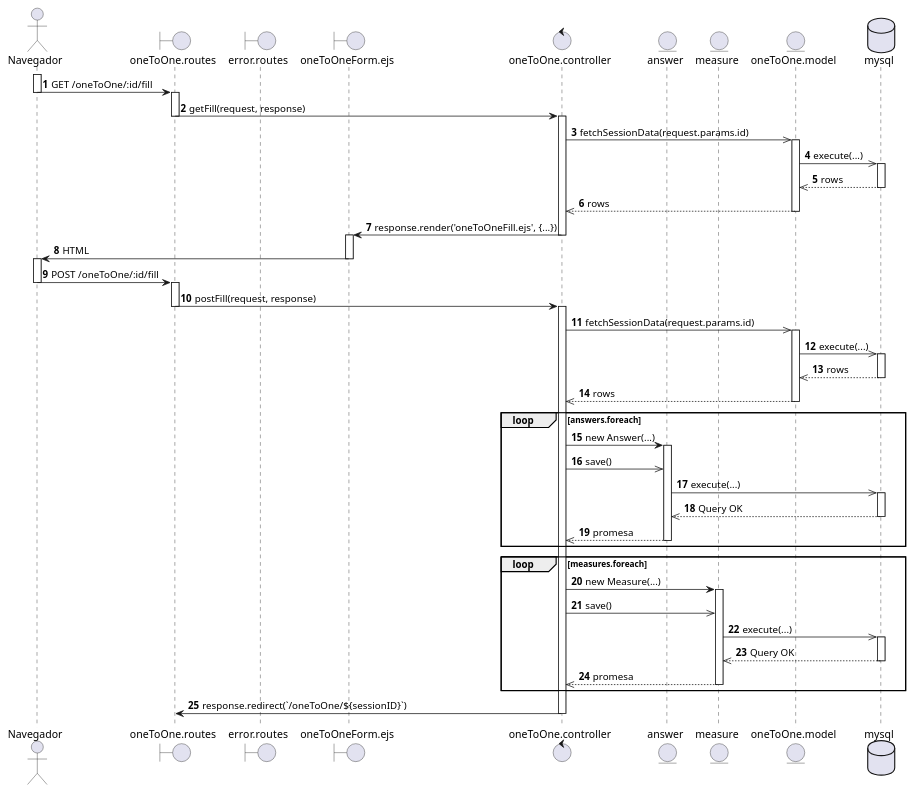
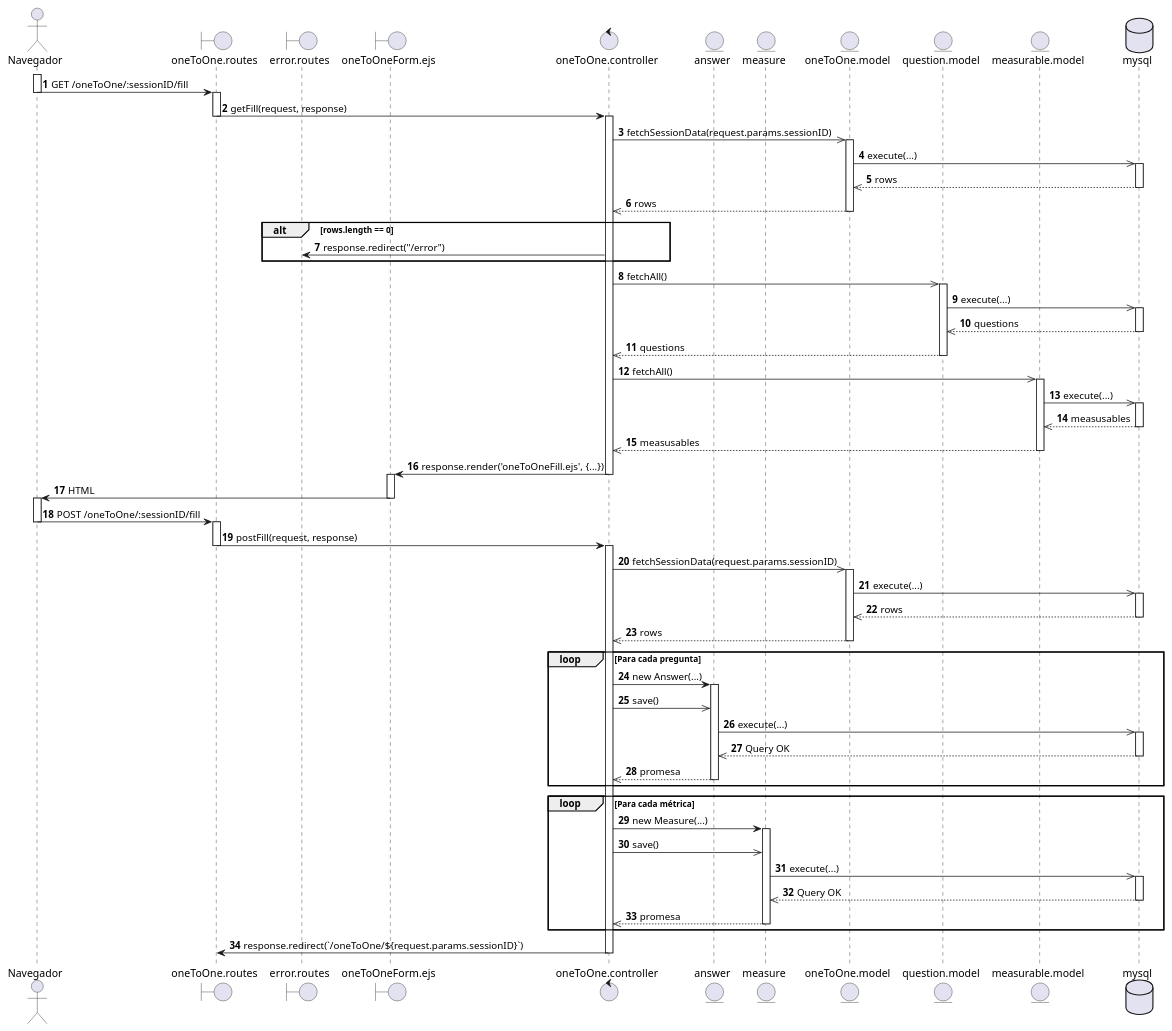
The diagram in diagrams/Casos de Uso/mundo req fun/Diagramas secuencia/CU34.puml (EdCanCe/WorkCells), drawn with PlantUML before and after one commit. The commit also changed 10 other files, not shown here.

```diff
--- a/diagrams/Casos de Uso/mundo req fun/Diagramas secuencia/CU34.puml
+++ b/diagrams/Casos de Uso/mundo req fun/Diagramas secuencia/CU34.puml
@@ -1,87 +1,111 @@
 @startuml
 actor Navegador
 boundary "oneToOne.routes" as Routes
 boundary "error.routes" as Error
 boundary "oneToOneForm.ejs" as Ejs
 control "oneToOne.controller" as Controller
 entity "answer" as Answer
 entity "measure" as Measure
 entity "oneToOne.model" as Model
+entity "question.model" as Question
+entity "measurable.model" as Measurable
 database "mysql" as MySQL
 
 autonumber
 
 activate Navegador
-Navegador -> Routes  : GET /oneToOne/:id/fill
+Navegador -> Routes  : GET /oneToOne/:sessionID/fill
 deactivate Navegador
 
 activate Routes 
 Routes  -> Controller : getFill(request, response)
 deactivate Routes 
 
 activate Controller
 
-Controller ->> Model : fetchSessionData(request.params.id)
+Controller ->> Model : fetchSessionData(request.params.sessionID)
 activate Model
 Model ->> MySQL : execute(...)
 activate MySQL
 MySQL -->> Model : rows
 deactivate MySQL
 Model -->> Controller : rows
+deactivate Model
 
-deactivate Model
+alt rows.length == 0
+    Controller -> Error : response.redirect("/error")
+end
+
+Controller ->> Question : fetchAll()
+activate Question
+Question ->> MySQL : execute(...)
+activate MySQL
+MySQL -->> Question : questions
+deactivate MySQL
+Question -->> Controller : questions
+deactivate Question
+
+Controller ->> Measurable : fetchAll()
+activate Measurable
+Measurable ->> MySQL : execute(...)
+activate MySQL
+MySQL -->> Measurable : measusables
+deactivate MySQL
+Measurable -->> Controller : measusables
+deactivate Measurable
+
 
 Controller -> Ejs : response.render('oneToOneFill.ejs', {...})
 deactivate Controller
 
 activate Ejs
 Ejs -> Navegador : HTML
 deactivate Ejs
 
 activate Navegador
-Navegador -> Routes  : POST /oneToOne/:id/fill
+Navegador -> Routes  : POST /oneToOne/:sessionID/fill
 deactivate Navegador
 
 activate Routes 
 Routes  -> Controller : postFill(request, response)
 deactivate Routes 
 
 activate Controller
 
-Controller ->> Model : fetchSessionData(request.params.id)
+Controller ->> Model : fetchSessionData(request.params.sessionID)
 activate Model
 Model ->> MySQL : execute(...)
 activate MySQL
 MySQL -->> Model : rows
 deactivate MySQL
 Model -->> Controller : rows
 deactivate Model
 
-loop answers.foreach
+loop Para cada pregunta
     Controller -> Answer : new Answer(...)
     activate Answer
     Controller ->> Answer : save()
     Answer ->> MySQL : execute(...)
     activate MySQL
     MySQL -->> Answer : Query OK
     deactivate MySQL
     Answer -->> Controller : promesa
     deactivate Answer
 end
 
-loop measures.foreach
+loop Para cada métrica
     Controller -> Measure : new Measure(...)
     activate Measure
     Controller ->> Measure : save()
     Measure ->> MySQL : execute(...)
     activate MySQL
     MySQL -->> Measure : Query OK
     deactivate MySQL
     Measure -->> Controller : promesa
     deactivate Measure
 end
 
-Controller -> Routes  : response.redirect(`/oneToOne/${sessionID}`)
+Controller -> Routes  : response.redirect(`/oneToOne/${request.params.sessionID}`)
 deactivate Controller
 
 @enduml
```
